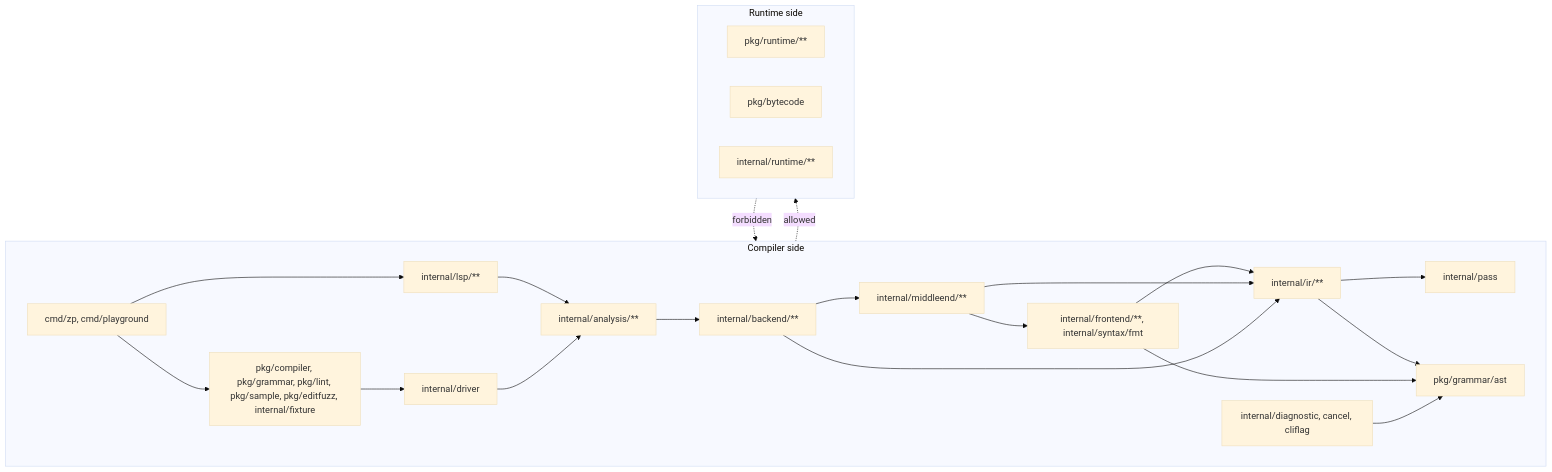
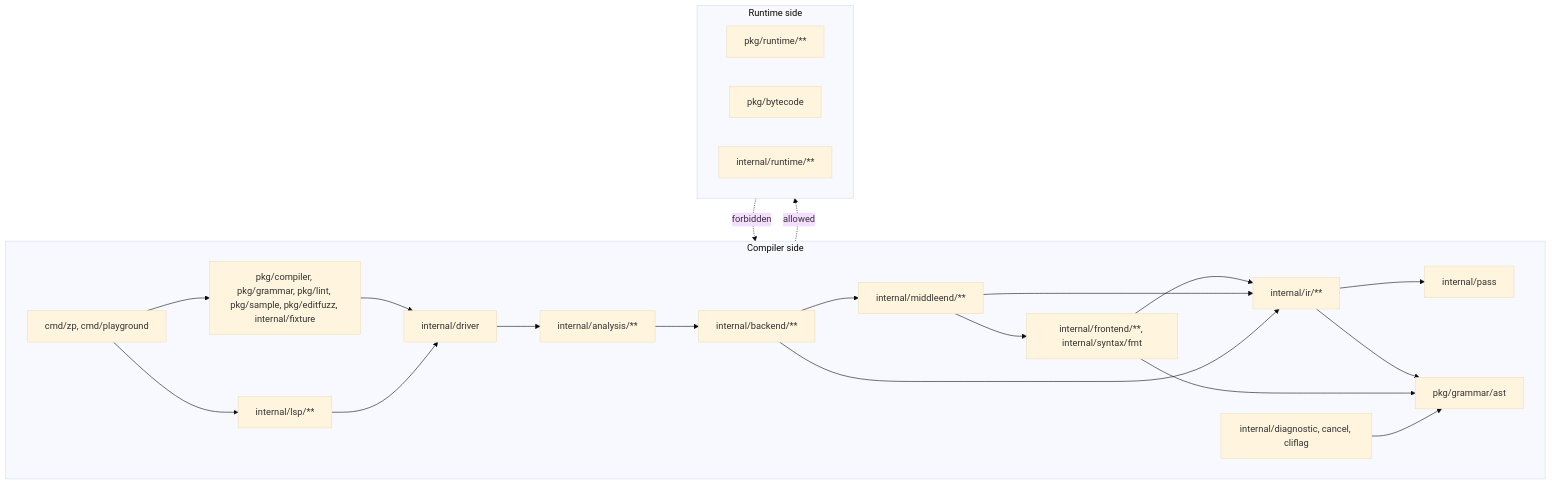
One commit to syntaxir/syntaxir changed the diagram in docs/design/layering.md. Above: the diagram before and after it, drawn with Mermaid (base theme). The commit also changed other lines of this file and 247 other files, not shown here.

````diff
--- a/docs/design/layering.md
+++ b/docs/design/layering.md
@@ -18,32 +18,32 @@
 ```mermaid
 flowchart TD
   subgraph C["Compiler side"]
     cmd["cmd/zp, cmd/playground"]
     pub["pkg/compiler, pkg/grammar, pkg/lint, pkg/sample, pkg/editfuzz, internal/fixture"]
     lsp["internal/lsp/**"]
     driver["internal/driver"]
     analysis["internal/analysis/**"]
     backend["internal/backend/**"]
     middle["internal/middleend/**"]
     front["internal/frontend/**, internal/syntax/fmt"]
     ir["internal/ir/**"]
     pass["internal/pass"]
     gram["pkg/grammar/ast"]
     util["internal/diagnostic, cancel, cliflag"]
   end
   subgraph R["Runtime side"]
     rt["pkg/runtime/**"]
     bc["pkg/bytecode"]
     irt["internal/runtime/**"]
   end
   cmd --> pub --> driver
-  cmd --> lsp --> analysis
+  cmd --> lsp --> driver
   driver --> analysis --> backend --> middle --> front --> ir --> pass
   middle --> ir
   backend --> ir
   ir --> gram
   front --> gram
   util --> gram
   C -.->|allowed| R
   R -.->|forbidden| C
 ```
````
